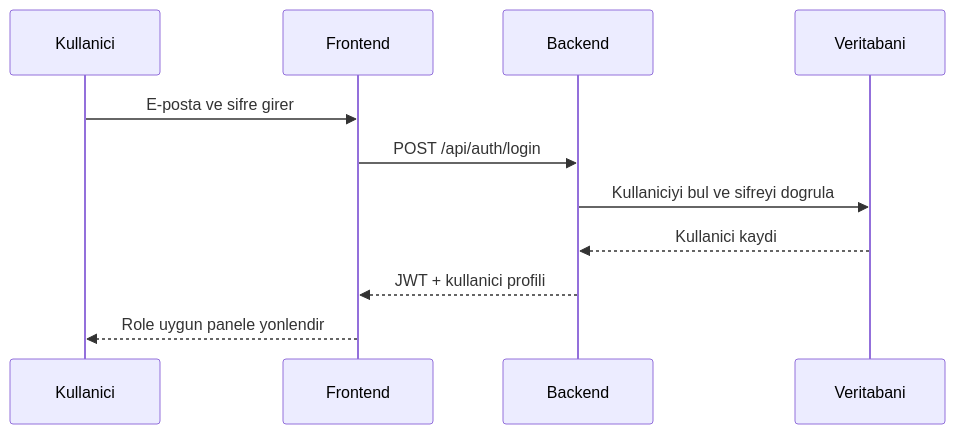
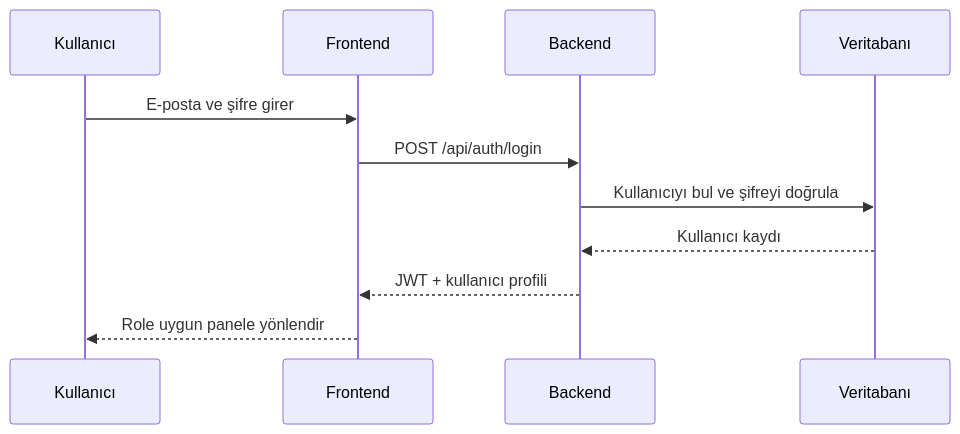
One commit to pnarkz/danisman_atama changed the second of 3 diagrams in README.md. Above: the diagram before and after it, drawn with Mermaid. The commit also changed other lines of this file and 13 other files, not shown here.

````diff
--- a/README.md
+++ b/README.md
@@ -238,14 +246,14 @@
 ```mermaid
 sequenceDiagram
-    participant U as Kullanici
+    participant U as Kullanıcı
     participant F as Frontend
     participant B as Backend
-    participant DB as Veritabani
+    participant DB as Veritabanı
 
-    U->>F: E-posta ve sifre girer
+    U->>F: E-posta ve şifre girer
     F->>B: POST /api/auth/login
-    B->>DB: Kullaniciyi bul ve sifreyi dogrula
-    DB-->>B: Kullanici kaydi
-    B-->>F: JWT + kullanici profili
-    F-->>U: Role uygun panele yonlendir
+    B->>DB: Kullanıcıyı bul ve şifreyi doğrula
+    DB-->>B: Kullanıcı kaydı
+    B-->>F: JWT + kullanıcı profili
+    F-->>U: Role uygun panele yönlendir
 ```
````
